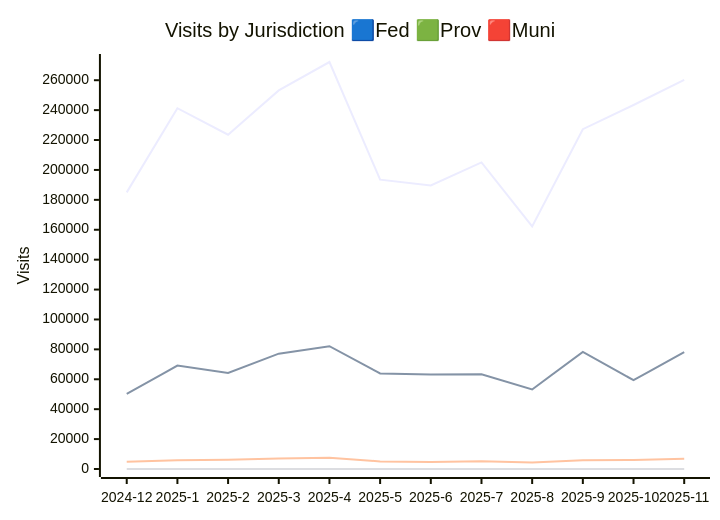
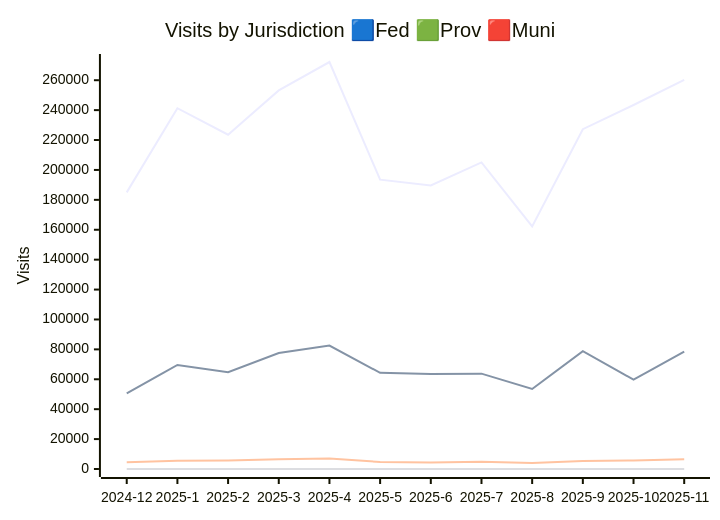
One commit to open-data/analytics-corporate-reporting changed the second of 3 diagrams in JURISDICTION_ANALYTICS_REPORT/readme.md. Above: the diagram before and after it, drawn with Mermaid. The commit also changed other lines of this file and 2 other files, not shown here.

````diff
--- a/JURISDICTION_ANALYTICS_REPORT/readme.md
+++ b/JURISDICTION_ANALYTICS_REPORT/readme.md
@@ -27,11 +27,11 @@
 ```mermaid
 
 xychart-beta
     title "Visits by Jurisdiction 🟦Fed 🟩Prov 🟥Muni"
     x-axis [2024-12, 2025-1, 2025-2, 2025-3, 2025-4, 2025-5, 2025-6, 2025-7, 2025-8, 2025-9, 2025-10, 2025-11]
     y-axis "Visits" 0 --> 272184
     line [184987, 241281, 223560, 253204, 272174, 193520, 189613, 205048, 162241, 227241, 243414, 260165]
-    line [50161, 69127, 64222, 77138, 82100, 63944, 63130, 63349, 53184, 78361, 59390, 78116]
-    line [4912, 5928, 6215, 6970, 7543, 5037, 4728, 5236, 4385, 5793, 6069, 6890]
+    line [50608, 69583, 64674, 77599, 82555, 64294, 63527, 63759, 53493, 78810, 59729, 78507]
+    line [4465, 5472, 5763, 6509, 7088, 4687, 4331, 4826, 4076, 5344, 5730, 6499]
     line [0, 0, 0, 0, 0, 0, 0, 0, 0, 0, 13, 7]
 ```
````
